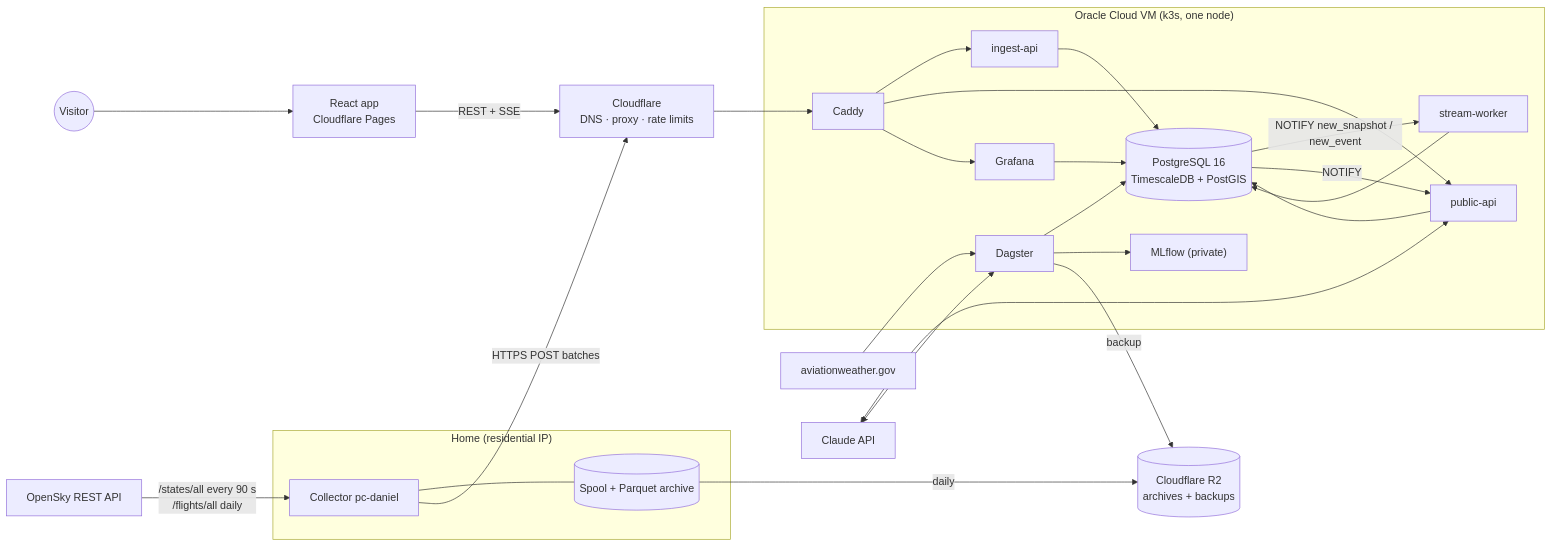
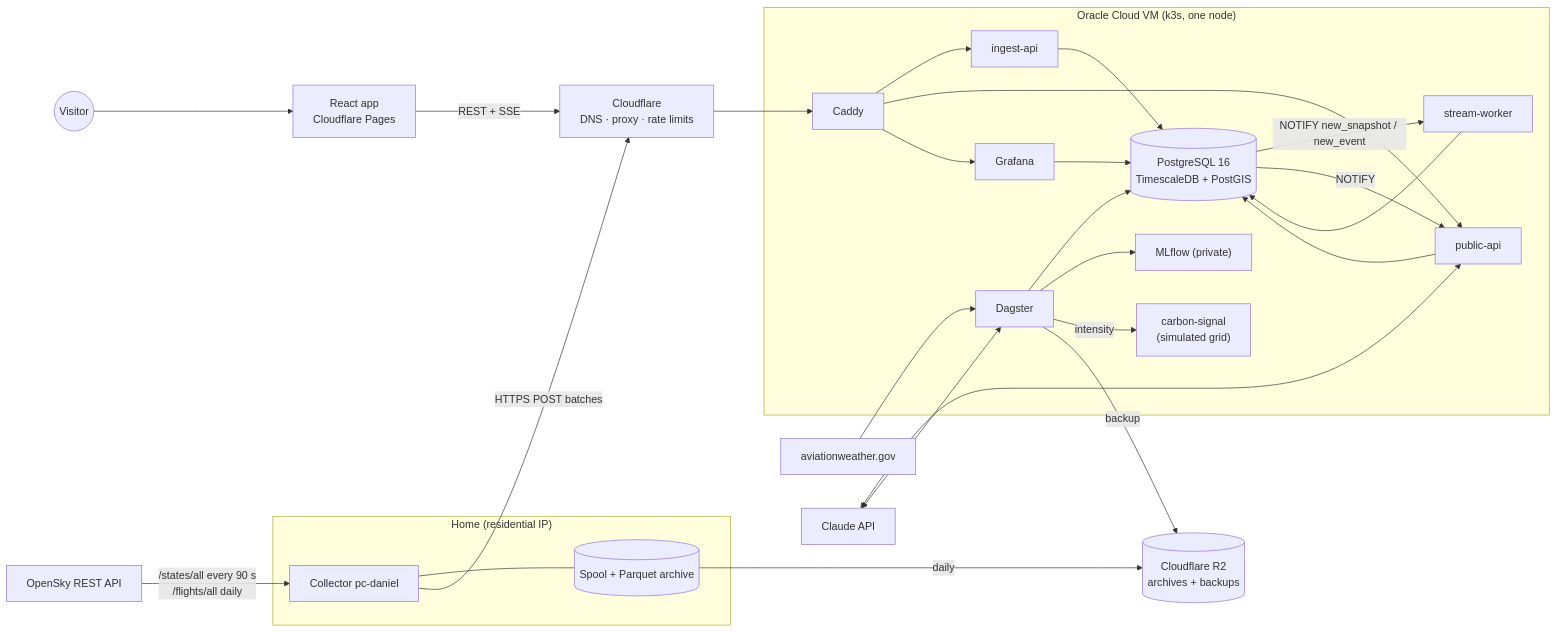
Before and after one commit to airspace-monitor/airspace-live-tracker: the diagram in docs/01-architecture.md, drawn with Mermaid. The commit also changed other lines of this file and 33 other files, not shown here.

First line of the commit message:
feat(carbon): carbon-signal service, carbon readings and sustainability dashboard (MK.4) (#38)

````diff
--- a/docs/01-architecture.md
+++ b/docs/01-architecture.md
@@ -5,45 +5,47 @@
 ```mermaid
 flowchart LR
   subgraph Home["Home (residential IP)"]
     C1["Collector pc-daniel"]
     S1[("Spool + Parquet archive")]
     C1 --- S1
   end
 
   OS["OpenSky REST API"] -->|"/states/all every 90 s<br/>/flights/all daily"| C1
 
   CF["Cloudflare<br/>DNS · proxy · rate limits"]
   C1 -->|"HTTPS POST batches"| CF
 
   subgraph VM["Oracle Cloud VM (k3s, one node)"]
     CADDY["Caddy"]
     ING["ingest-api"]
     API["public-api"]
     DB[("PostgreSQL 16<br/>TimescaleDB + PostGIS")]
     ORCH["Dagster"]
     STREAM["stream-worker"]
     MLF["MLflow (private)"]
     GRAF["Grafana"]
+    SIG["carbon-signal<br/>(simulated grid)"]
   end
 
   CF --> CADDY
   CADDY --> ING --> DB
   CADDY --> API
   CADDY --> GRAF
   DB -- "NOTIFY new_snapshot / new_event" --> STREAM
   DB -- "NOTIFY" --> API
   STREAM --> DB
   ORCH --> DB
   ORCH --> MLF
+  ORCH -- "intensity" --> SIG
   API --> DB
   GRAF --> DB
 
   WX["aviationweather.gov"] --> ORCH
   LLM["Claude API"] <--> API
   LLM <--> ORCH
   S1 -->|"daily"| R2[("Cloudflare R2<br/>archives + backups")]
   ORCH -->|"backup"| R2
 
   WEB["React app<br/>Cloudflare Pages"] -->|"REST + SSE"| CF
   USER(("Visitor")) --> WEB
 ```
````
